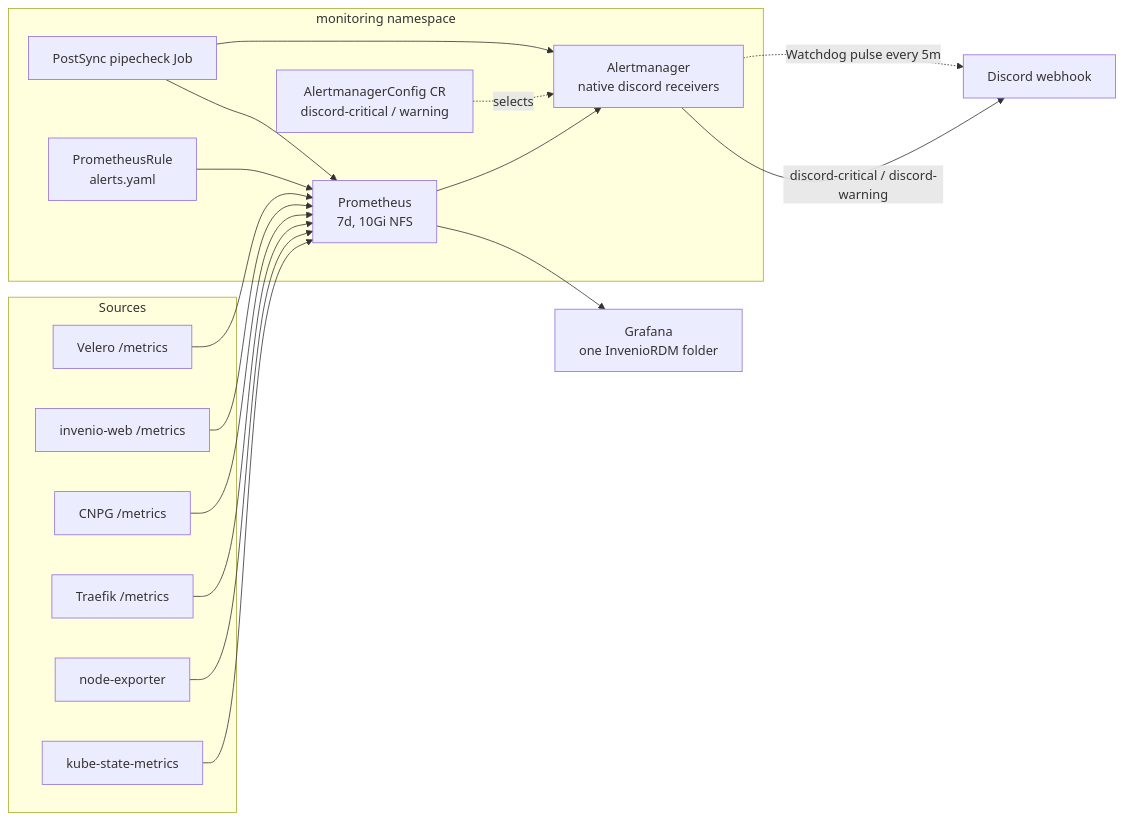
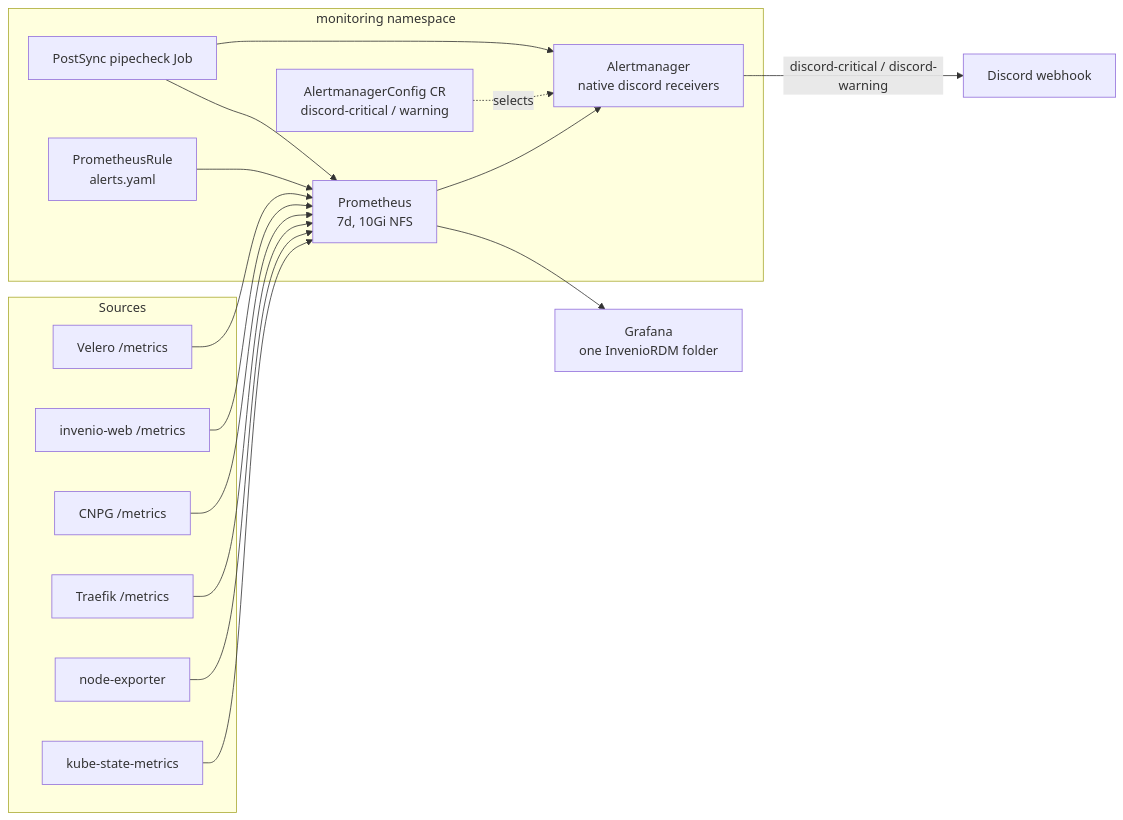
The diagram in docs/plans/active/2026-09-08-monitoring-overhaul.md (vityasyyy/invenio-rdm-gitops), drawn with Mermaid before and after one commit. The commit also changed other lines of this file and 2 other files, not shown here.

First line of the commit message:
[T1] Watchdog to null + guarded Discord templates (#111)

````diff
--- a/docs/plans/active/2026-09-08-monitoring-overhaul.md
+++ b/docs/plans/active/2026-09-08-monitoring-overhaul.md
@@ -46,37 +46,36 @@
 ```mermaid
 flowchart LR
     subgraph Sources
         KSM[kube-state-metrics]
         NE[node-exporter]
         TR[Traefik /metrics]
         CNPG[CNPG /metrics]
         INV[invenio-web /metrics]
         VEL[Velero /metrics]
     end
 
     subgraph Monitoring[monitoring namespace]
         PROM[Prometheus<br/>7d, 10Gi NFS]
         PR[PrometheusRule<br/>alerts.yaml]
         AM[Alertmanager<br/>native discord receivers]
         ACR[AlertmanagerConfig CR<br/>discord-critical / warning]
         PC[PostSync pipecheck Job]
     end
 
     GF[Grafana<br/>one InvenioRDM folder]
     DC[Discord webhook]
 
     KSM --> PROM
     NE --> PROM
     TR --> PROM
     CNPG --> PROM
     INV --> PROM
     VEL --> PROM
     PR --> PROM
     PROM --> AM
     ACR -.->|selects| AM
     AM -->|discord-critical / discord-warning| DC
-    AM -.->|Watchdog pulse every 5m| DC
     PROM --> GF
     PC --> PROM
     PC --> AM
 ```
````
